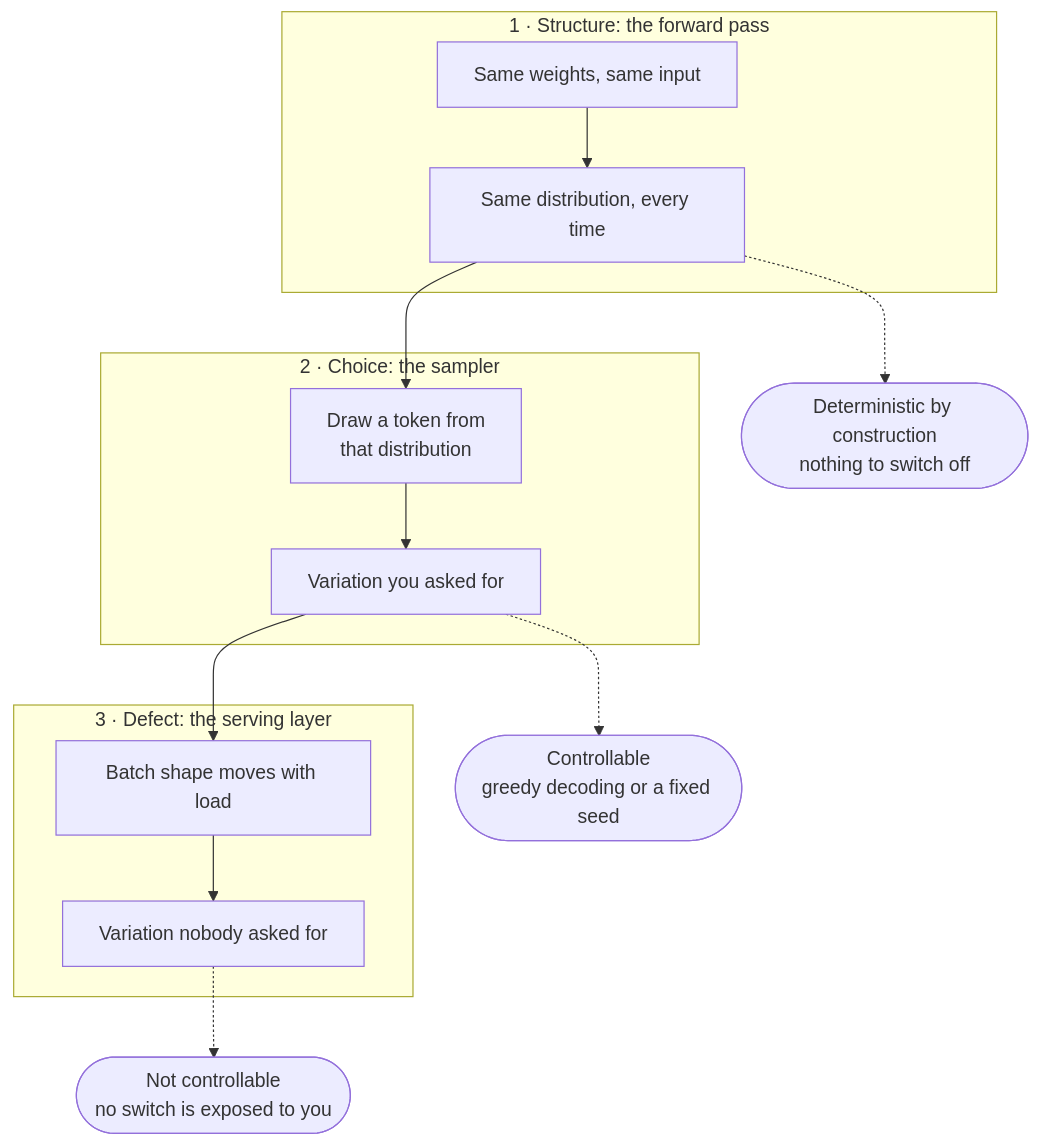
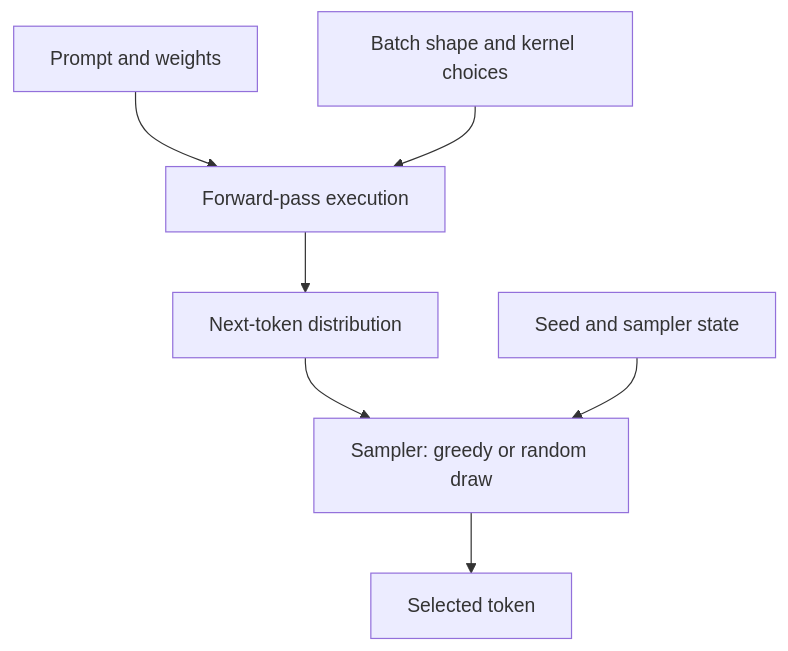
Before and after one commit to urmzd/urmzd.com: the second of 2 diagrams in src/blog/stop-calling-llms-non-deterministic.md, drawn with Mermaid. The commit also changed other lines of this file and 1 other file, not shown here.

````diff
--- a/src/blog/stop-calling-llms-non-deterministic.md
+++ b/src/blog/stop-calling-llms-non-deterministic.md
@@ -68,20 +68,9 @@
 ```mermaid
 flowchart TD
-    subgraph One["1 · Structure: the forward pass"]
-        A["Same weights, same input"] --> B["Same distribution, every time"]
-    end
-
-    subgraph Two["2 · Choice: the sampler"]
-        C[Draw a token from<br/>that distribution] --> D[Variation you asked for]
-    end
-
-    subgraph Three["3 · Defect: the serving layer"]
-        E[Batch shape moves with load] --> F[Variation nobody asked for]
-    end
-
-    B --> C
-    D --> E
-    B -.-> V1([Deterministic by construction<br/>nothing to switch off])
-    D -.-> V2([Controllable<br/>greedy decoding or a fixed seed])
-    F -.-> V3([Not controllable<br/>no switch is exposed to you])
+    P["Prompt and weights"] --> E["Forward-pass execution"]
+    B["Batch shape and kernel choices"] --> E
+    E --> D["Next-token distribution"]
+    D --> S["Sampler: greedy or random draw"]
+    R["Seed and sampler state"] --> S
+    S --> T["Selected token"]
 ```
````
